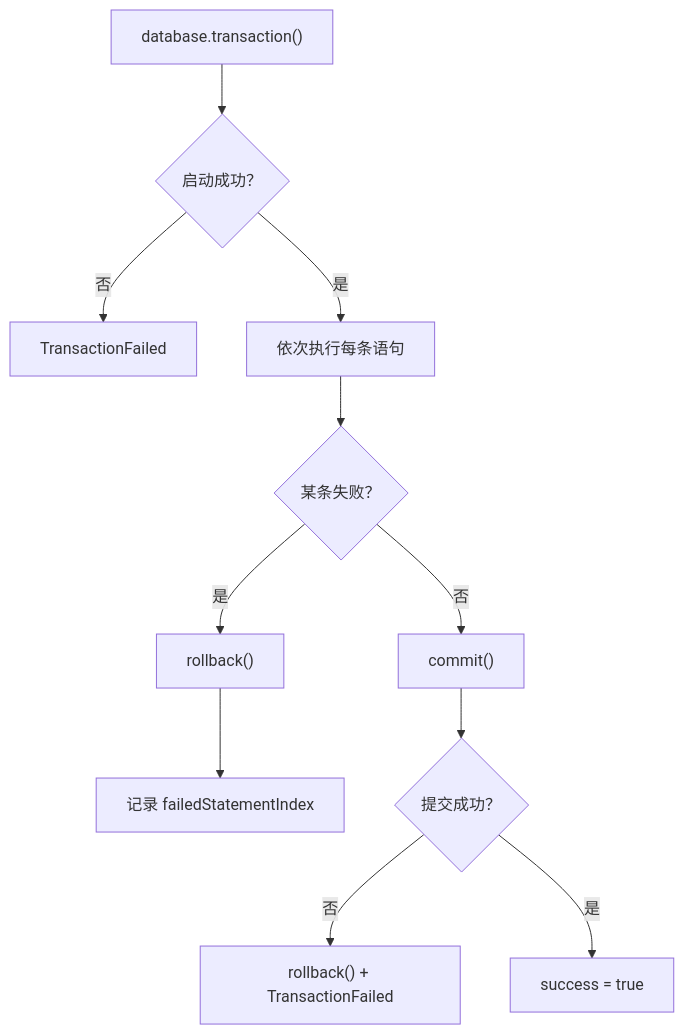
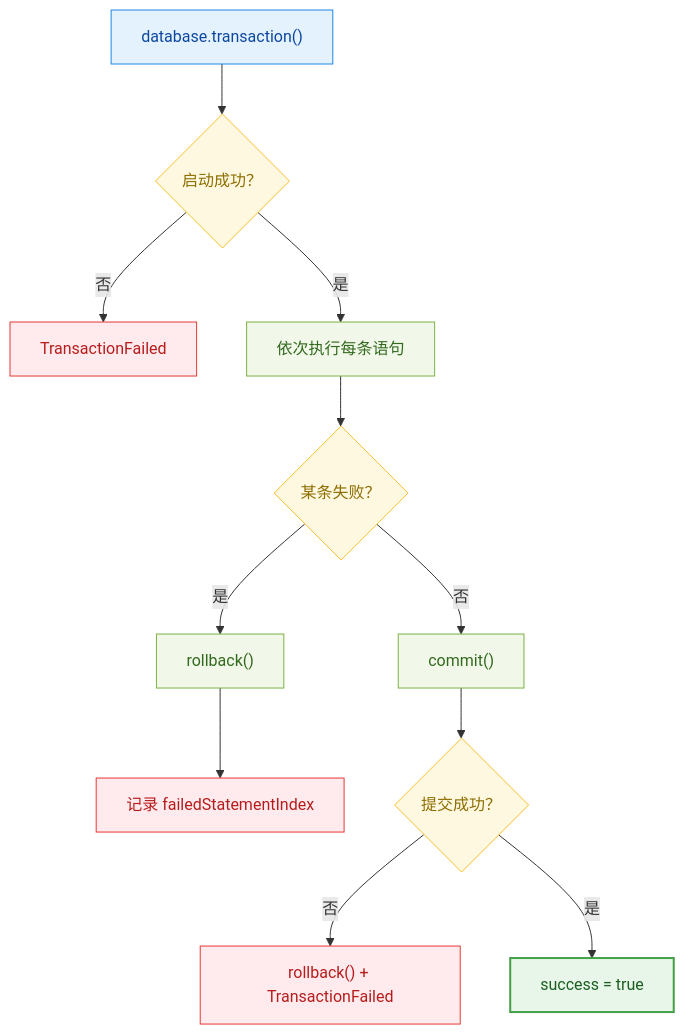
The second of 3 diagrams in 仓库管理系统/03_架构设计/数据库业务执行架构.md (fanyu99/MyNote), drawn with Mermaid before and after one commit. The commit also changed other lines of this file and 26 other files, not shown here.

````diff
--- a/仓库管理系统/03_架构设计/数据库业务执行架构.md
+++ b/仓库管理系统/03_架构设计/数据库业务执行架构.md
@@ -50,13 +61,24 @@
 ```mermaid
 flowchart TD
     A["database.transaction()"] --> B{"启动成功？"}
     B -- 否 --> E1["TransactionFailed"]
     B -- 是 --> C["依次执行每条语句"]
     C --> D{"某条失败？"}
     D -- 是 --> R["rollback()"]
     R --> E2["记录 failedStatementIndex"]
     D -- 否 --> M["commit()"]
     M --> N{"提交成功？"}
     N -- 否 --> R2["rollback() + TransactionFailed"]
     N -- 是 --> S["success = true"]
+
+    classDef start fill:#e3f2fd,stroke:#1e88e5,color:#0d47a1;
+    classDef proc fill:#f1f8e9,stroke:#7cb342,color:#33691e;
+    classDef ok fill:#e8f5e9,stroke:#43a047,stroke-width:2px,color:#1b5e20;
+    classDef bad fill:#ffebee,stroke:#e53935,color:#b71c1c;
+    classDef decide fill:#fff8e1,stroke:#fbc02d,color:#8d6e00;
+    class A start;
+    class C,M,R proc;
+    class S ok;
+    class E1,E2,R2 bad;
+    class B,D,N decide;
 ```
````
